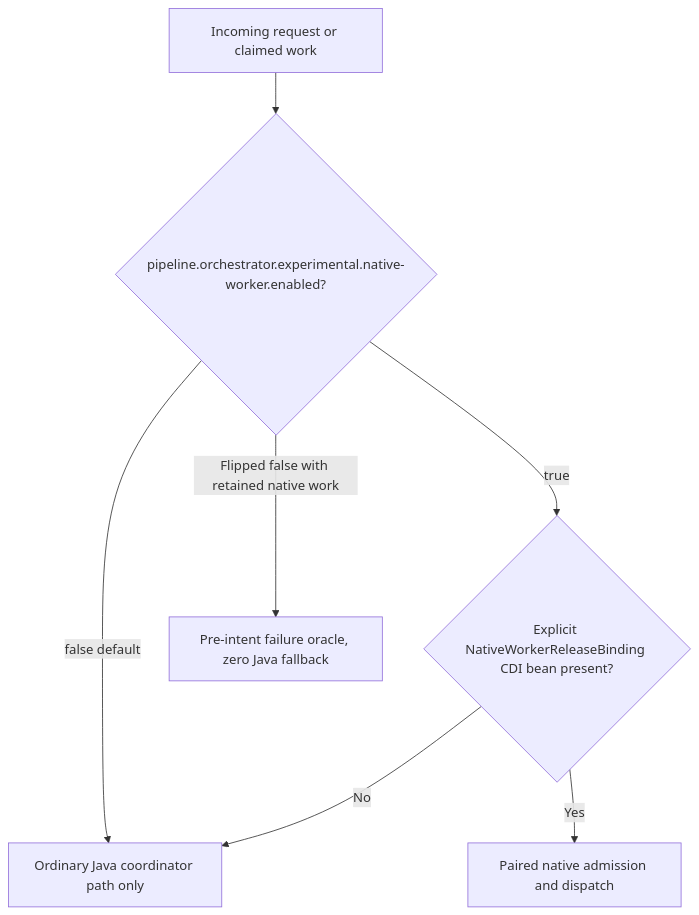
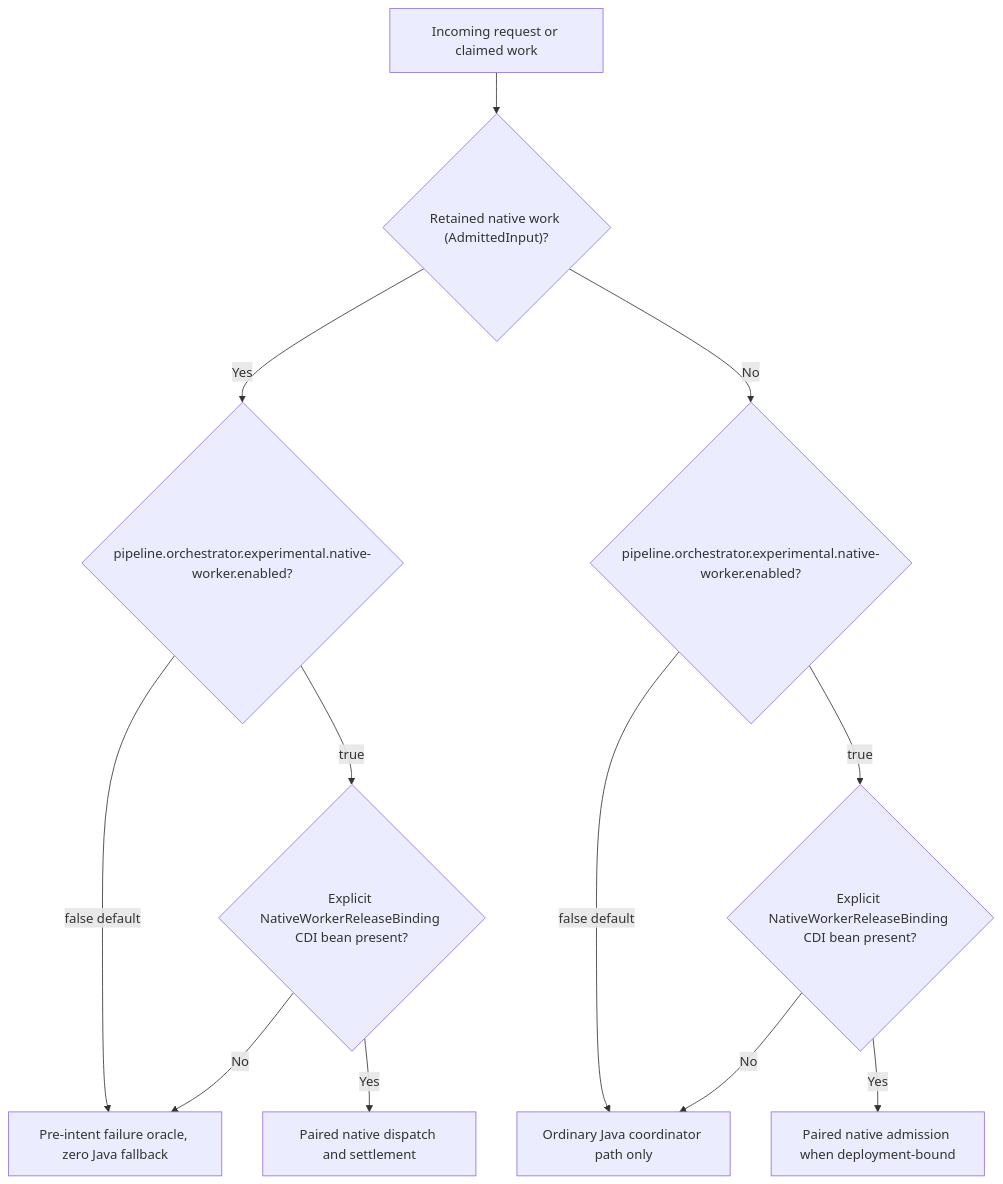
The third of 3 diagrams in docs/evolve/polyglot-applications-assessment.md (The-Pipeline-Framework/pipelineframework), drawn with Mermaid before and after one commit.

Commit message:
Clarify retained native work absent-binding flow in assessment diagram

````diff
--- a/docs/evolve/polyglot-applications-assessment.md
+++ b/docs/evolve/polyglot-applications-assessment.md
@@ -194,9 +194,14 @@
 ```mermaid
 flowchart TD
-    R[Incoming request or claimed work] --> K{"pipeline.orchestrator.experimental.native-worker.enabled?"}
-    K -->|false default| J[Ordinary Java coordinator path only]
-    K -->|true| B{"Explicit NativeWorkerReleaseBinding CDI bean present?"}
-    B -->|No| J
-    B -->|Yes| N[Paired native admission and dispatch]
-    K -->|Flipped false with retained native work| F[Pre-intent failure oracle, zero Java fallback]
+    R[Incoming request or claimed work] --> N{"Retained native work (AdmittedInput)?"}
+    N -->|Yes| EK{"pipeline.orchestrator.experimental.native-worker.enabled?"}
+    EK -->|false default| F[Pre-intent failure oracle, zero Java fallback]
+    EK -->|true| EB{"Explicit NativeWorkerReleaseBinding CDI bean present?"}
+    EB -->|No| F
+    EB -->|Yes| D[Paired native dispatch and settlement]
+    N -->|No| NK{"pipeline.orchestrator.experimental.native-worker.enabled?"}
+    NK -->|false default| J[Ordinary Java coordinator path only]
+    NK -->|true| NB{"Explicit NativeWorkerReleaseBinding CDI bean present?"}
+    NB -->|No| J
+    NB -->|Yes| A[Paired native admission when deployment-bound]
 ```
````
